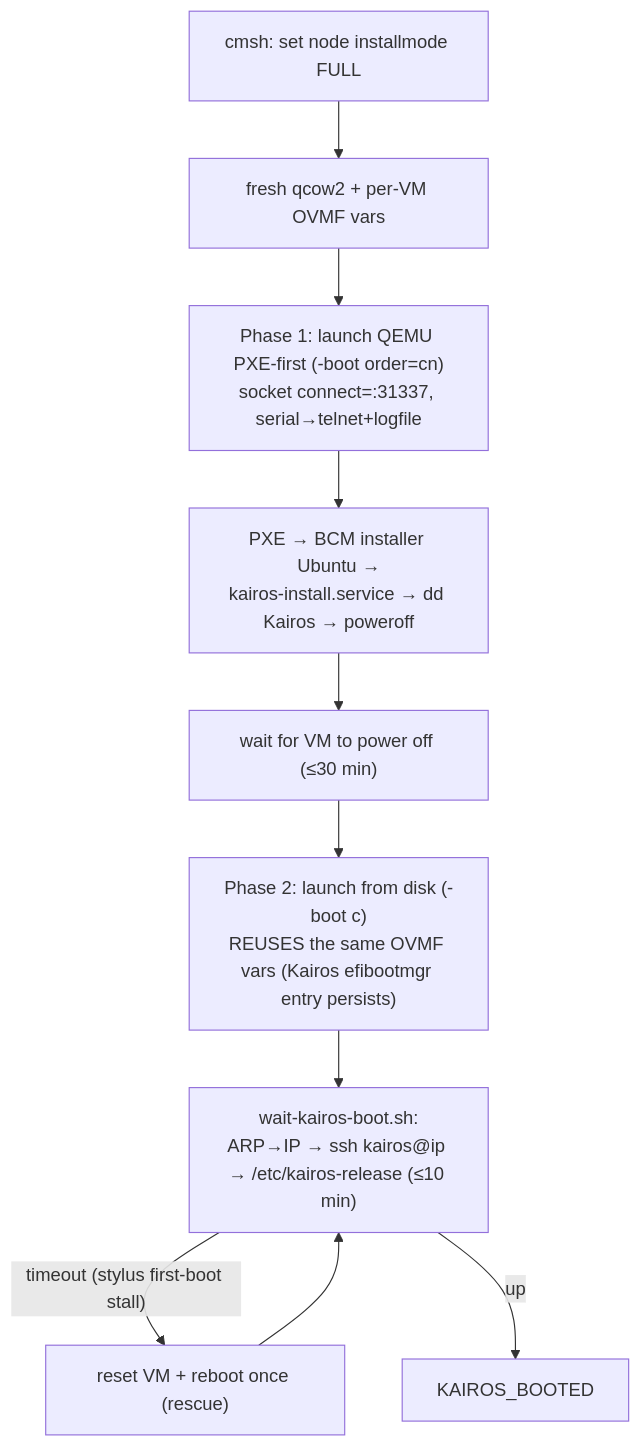
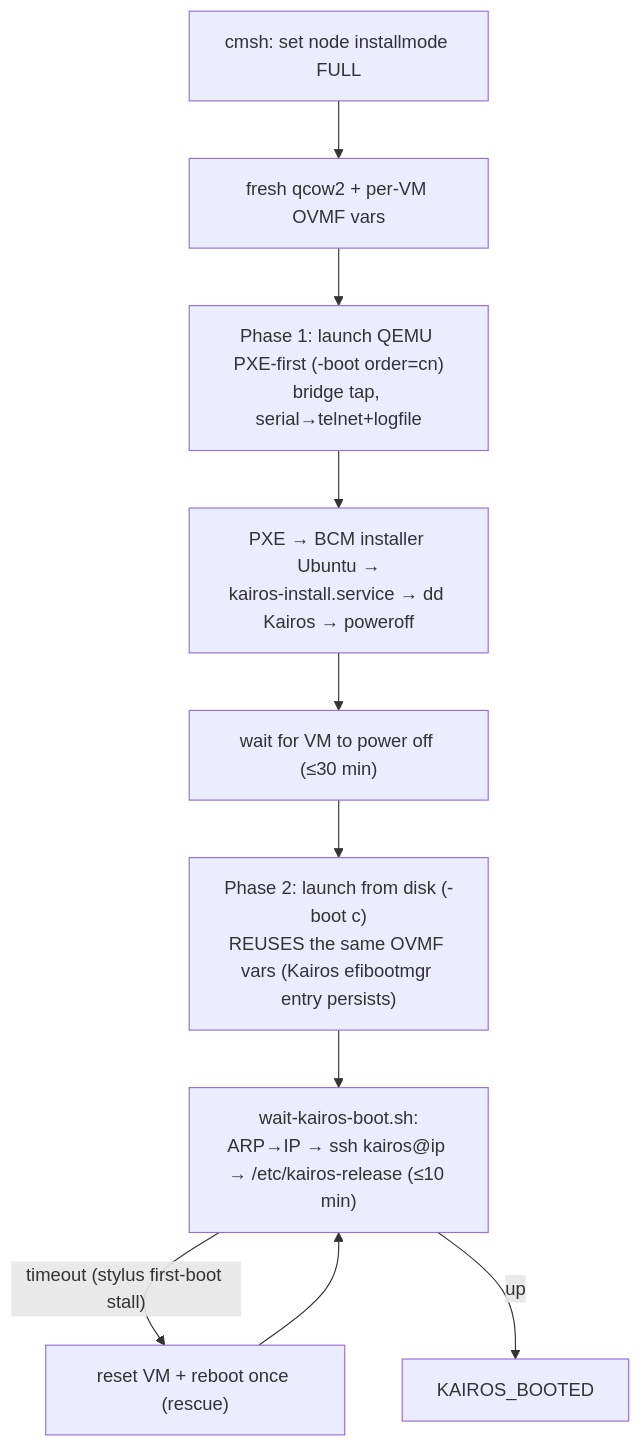
The diagram in docs/stage-5-kairos-vm.md (blik616287/kvm_bcm_plus_kairos), drawn with Mermaid before and after one commit. The commit also changed other lines of this file and 58 other files, not shown here.

````diff
--- a/docs/stage-5-kairos-vm.md
+++ b/docs/stage-5-kairos-vm.md
@@ -14,12 +14,12 @@
 ```mermaid
 flowchart TD
   R["cmsh: set node installmode FULL"] --> F["fresh qcow2 + per-VM OVMF vars"]
-  F --> P1["Phase 1: launch QEMU PXE-first (-boot order=cn)<br/>socket connect=:31337, serial→telnet+logfile"]
+  F --> P1["Phase 1: launch QEMU PXE-first (-boot order=cn)<br/>bridge tap, serial→telnet+logfile"]
   P1 --> X["PXE → BCM installer Ubuntu →<br/>kairos-install.service → dd Kairos → poweroff"]
   X --> W1["wait for VM to power off (≤30 min)"]
   W1 --> P2["Phase 2: launch from disk (-boot c)<br/>REUSES the same OVMF vars (Kairos efibootmgr entry persists)"]
   P2 --> W2["wait-kairos-boot.sh:<br/>ARP→IP → ssh kairos@ip → /etc/kairos-release (≤10 min)"]
   W2 -->|"timeout (stylus first-boot stall)"| RB["reset VM + reboot once (rescue)"]
   RB --> W2
   W2 -->|"up"| OK["KAIROS_BOOTED"]
 ```
````
